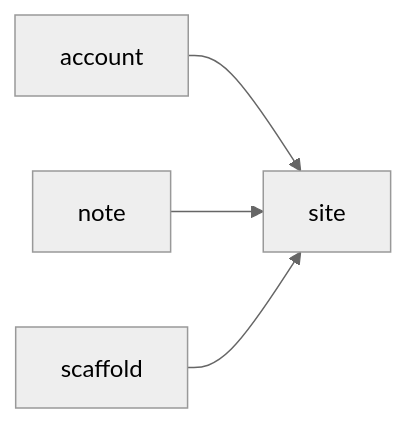
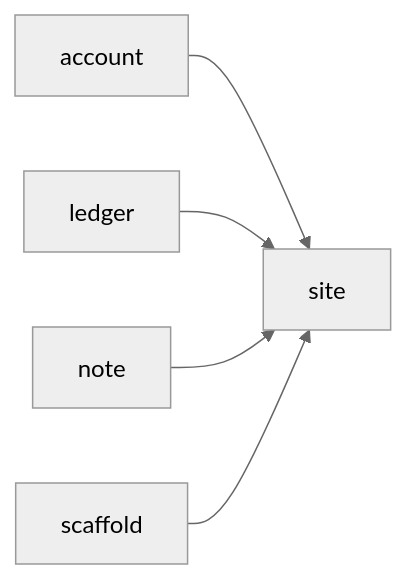
The diagram in docs/wiki/README.md (Ignibyte/aic-nextgen), drawn with Mermaid (neutral theme) before and after one commit. The commit also changed other lines of this file and 62 other files, not shown here.

First line of the commit message:
feat(schema): checks, partial indexes, generated columns, guards (#310) (#232)

````diff
--- a/docs/wiki/README.md
+++ b/docs/wiki/README.md
@@ -46,7 +47,8 @@
 ```mermaid
 graph LR
     site
     account --> site
+    ledger --> site
     note --> site
     scaffold --> site
 ```
````
